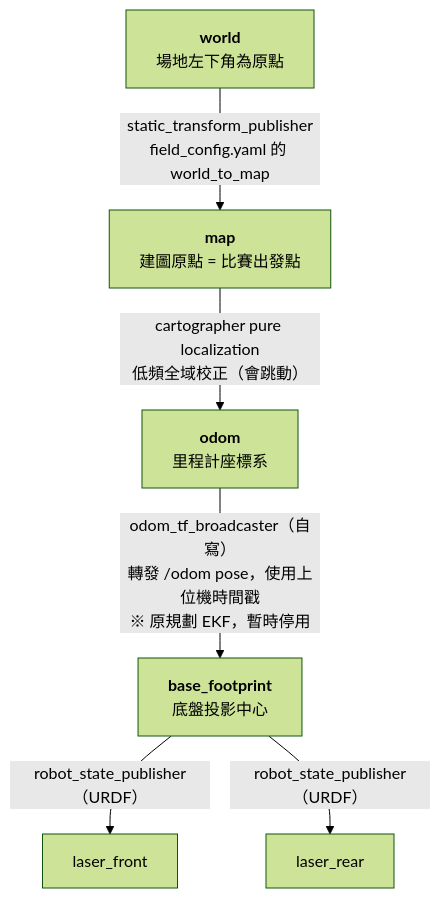
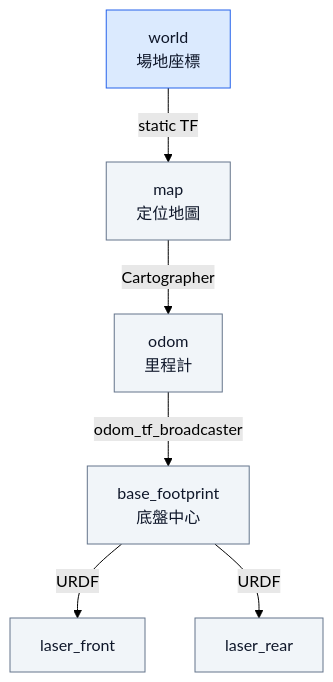
One commit to terryking0711/tdk_slam_ws changed the fifth of 5 diagrams in README.md. Above: the diagram before and after it, drawn with Mermaid (forest theme). The commit also changed other lines of this file, not shown here.

````diff
--- a/README.md
+++ b/README.md
@@ -339,15 +371,20 @@
 ```mermaid
-flowchart TD
-    world["<b>world</b><br>場地左下角為原點"]
-    map["<b>map</b><br>建圖原點 = 比賽出發點"]
-    odom["<b>odom</b><br>里程計座標系"]
-    base["<b>base_footprint</b><br>底盤投影中心"]
-    lf["laser_front"]
-    lr["laser_rear"]
+flowchart TB
+    world["world<br/>場地座標"]
+    map["map<br/>定位地圖"]
+    odom["odom<br/>里程計"]
+    base["base_footprint<br/>底盤中心"]
+    front["laser_front"]
+    rear["laser_rear"]
 
-    world -->|"static_transform_publisher<br>field_config.yaml 的 world_to_map"| map
-    map -->|"cartographer pure localization<br>低頻全域校正（會跳動）"| odom
-    odom -->|"odom_tf_broadcaster（自寫）<br>轉發 /odom pose，使用上位機時間戳<br>※ 原規劃 EKF，暫時停用"| base
-    base -->|"robot_state_publisher（URDF）"| lf
-    base -->|"robot_state_publisher（URDF）"| lr
+    world -->|static TF| map
+    map -->|Cartographer| odom
+    odom -->|odom_tf_broadcaster| base
+    base -->|URDF| front
+    base -->|URDF| rear
+
+    classDef f fill:#f1f5f9,stroke:#64748b,color:#0f172a
+    classDef key fill:#dbeafe,stroke:#2563eb,color:#0f172a
+    class map,odom,base,front,rear f
+    class world key
 ```
````
